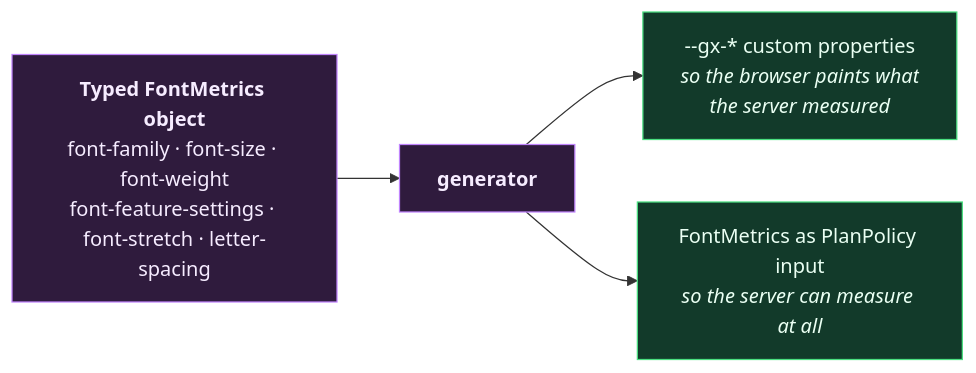
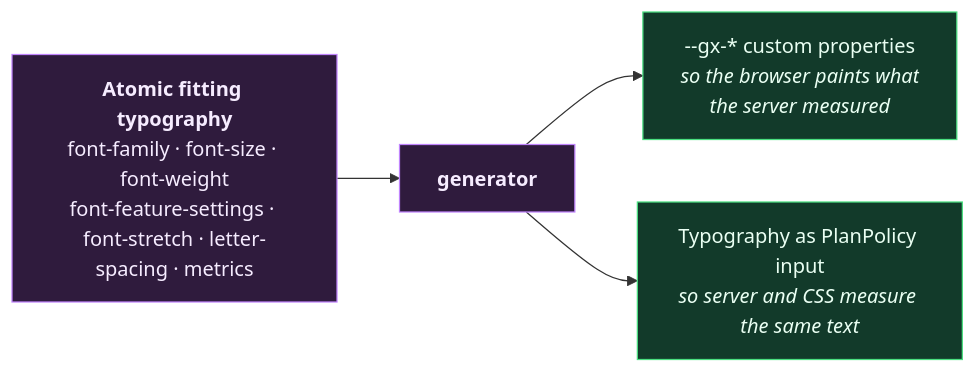
Before and after one commit to DeshpandeBoy/Defence-Charts: the second of 3 diagrams in research/maps/03-token-flow.md, drawn with Mermaid. The commit also changed other lines of this file and 42 other files, not shown here.

````diff
--- a/research/maps/03-token-flow.md
+++ b/research/maps/03-token-flow.md
@@ -60,12 +60,12 @@
 ```mermaid
 flowchart LR
-    t["<b>Typed FontMetrics object</b><br/>font-family · font-size · font-weight<br/>font-feature-settings · font-stretch · letter-spacing"]
+    t["<b>Atomic fitting typography</b><br/>font-family · font-size · font-weight<br/>font-feature-settings · font-stretch · letter-spacing · metrics"]
     t --> gen["<b>generator</b>"]
     gen --> css["--gx-* custom properties<br/><i>so the browser paints what<br/>the server measured</i>"]
-    gen --> ts["FontMetrics as PlanPolicy input<br/><i>so the server can measure at all</i>"]
+    gen --> ts["Typography as PlanPolicy input<br/><i>so server and CSS measure the same text</i>"]
 
     classDef s fill:#2f1b3d,stroke:#c084fc,color:#f6ecff
     classDef o fill:#123a2a,stroke:#4ade80,color:#eafff3
     class t,gen s
     class css,ts o
 ```
````
